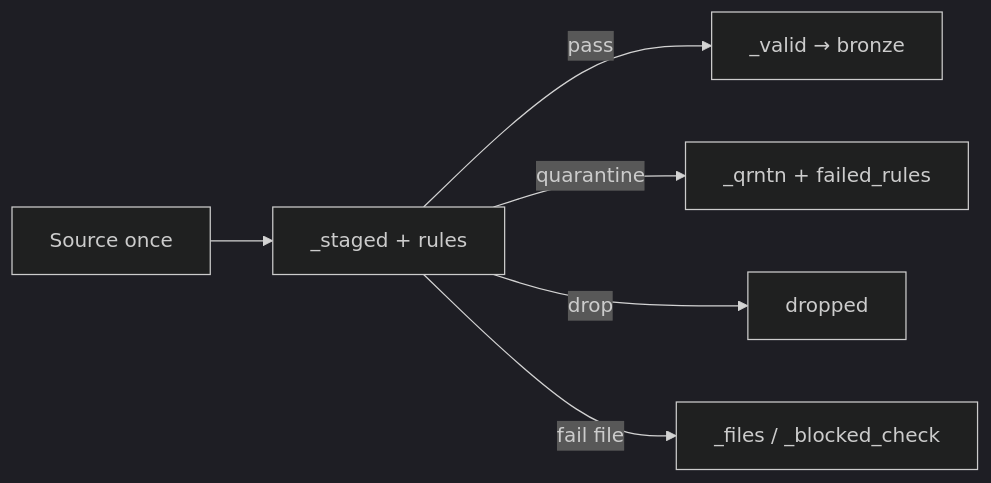
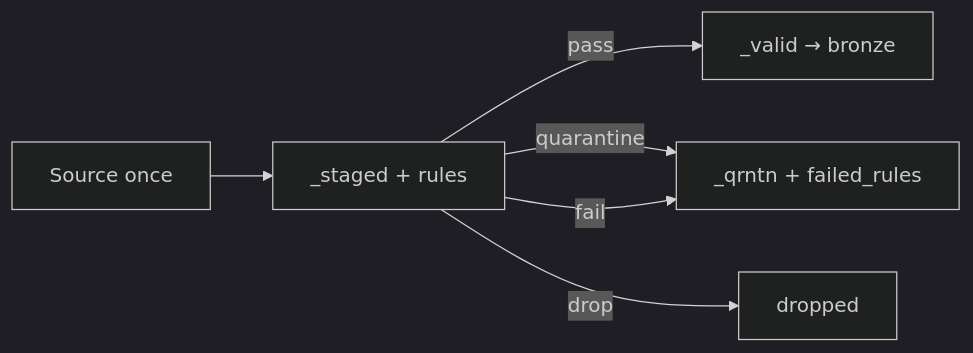
The second of 3 diagrams in framework_ingestion/README.md (NitinKeshavB/framework), drawn with Mermaid (dark theme) before and after one commit. The commit also changed 15 other files, not shown here.

````diff
--- a/framework_ingestion/README.md
+++ b/framework_ingestion/README.md
@@ -111,8 +111,8 @@
 ```mermaid
 flowchart LR
   src["Source once"] --> staged["_staged + rules"]
   staged -->|pass| valid["_valid → bronze"]
   staged -->|quarantine| qrntn["_qrntn + failed_rules"]
   staged -->|drop| dropped["dropped"]
-  staged -->|fail file| blocked["_files / _blocked_check"]
+  staged -->|fail| qrntn
 ```
````
